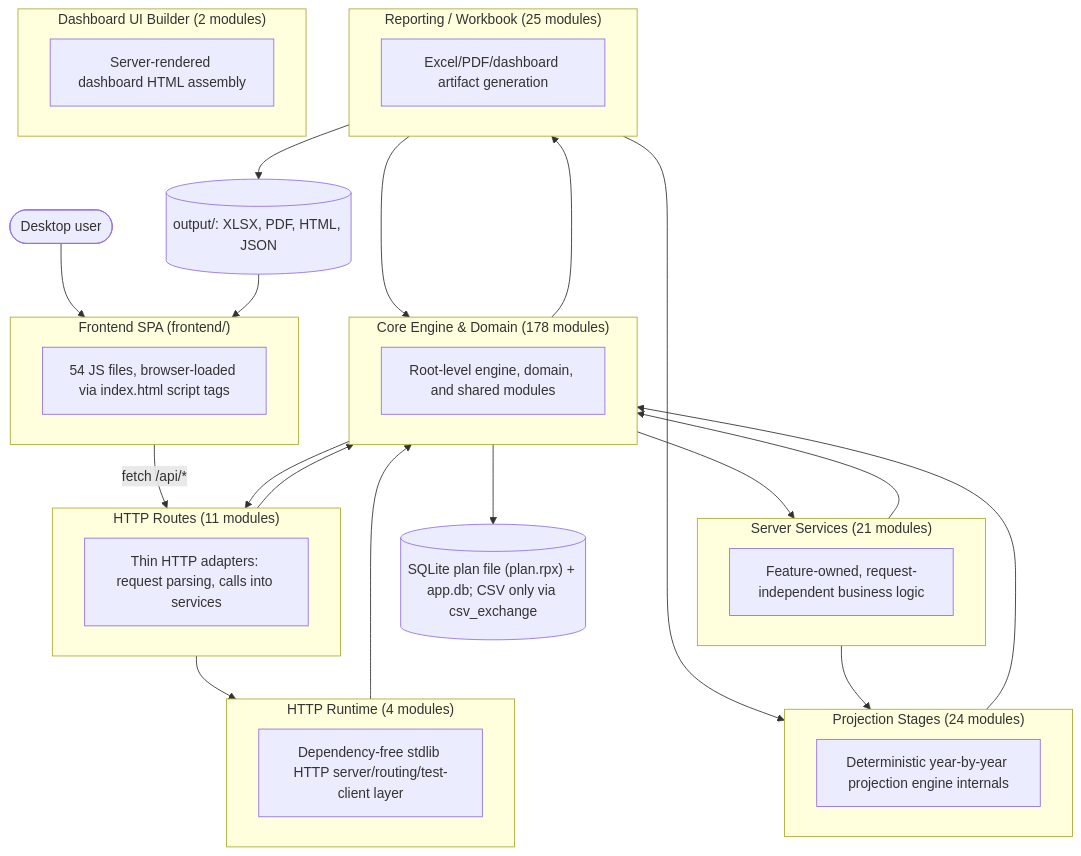
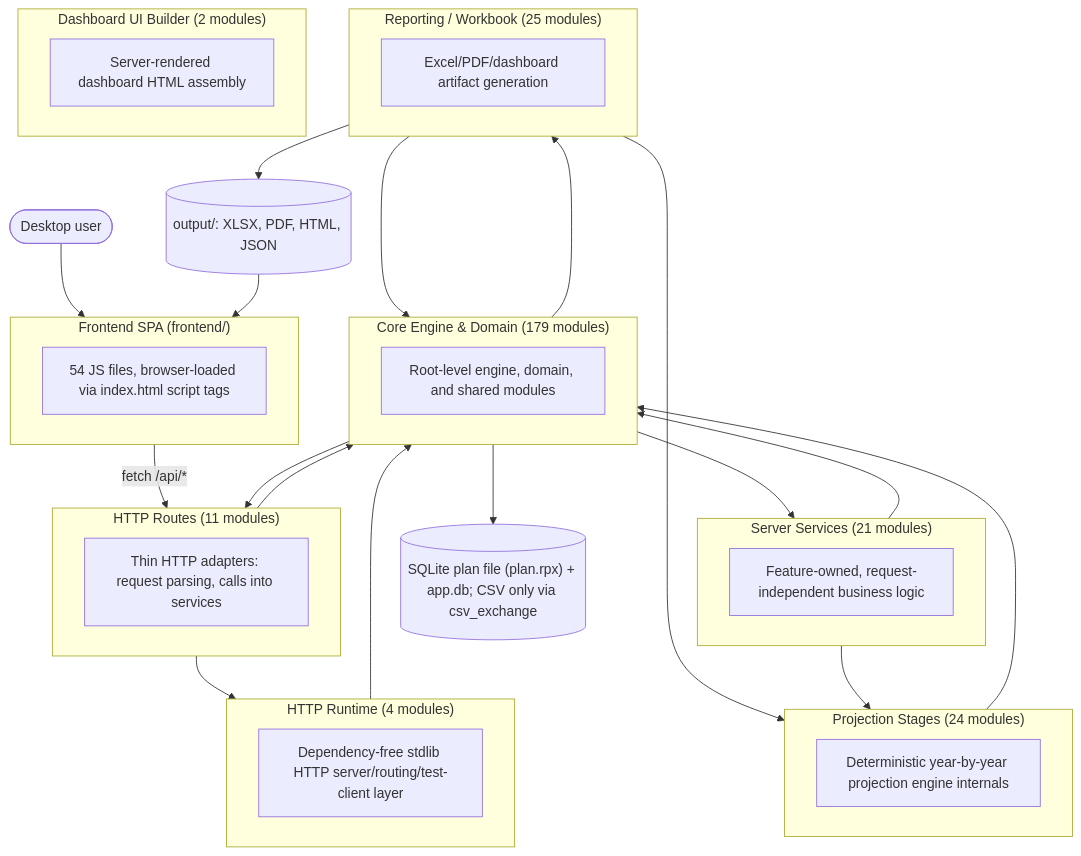
One commit to matthartzman/retirement_system changed the first of 2 diagrams in documentation/reference/SYSTEM_ARCHITECTURE_DIAGRAM.md. Above: the diagram before and after it, drawn with Mermaid. The commit also changed other lines of this file and 5 other files, not shown here.

First line of the commit message:
WI-034: point source-reading tests and the toggle-site fixture at client_sections; regenerate architecture diagram

````diff
--- a/documentation/reference/SYSTEM_ARCHITECTURE_DIAGRAM.md
+++ b/documentation/reference/SYSTEM_ARCHITECTURE_DIAGRAM.md
@@ -11,43 +11,43 @@
 ```mermaid
 flowchart TB
     User(["Desktop user"]) --> FE
     subgraph FE["Frontend SPA (frontend/)"]
         FEcount["54 JS files, browser-loaded via index.html script tags"]
     end
     FE -->|fetch /api/*| L_HTTP_Routes
     subgraph L_HTTP_Routes["HTTP Routes (11 modules)"]
         L_HTTP_Routes_d["Thin HTTP adapters: request parsing, calls into services"]
     end
     subgraph L_Server_Services["Server Services (21 modules)"]
         L_Server_Services_d["Feature-owned, request-independent business logic"]
     end
     subgraph L_HTTP_Runtime["HTTP Runtime (4 modules)"]
         L_HTTP_Runtime_d["Dependency-free stdlib HTTP server/routing/test-client layer"]
     end
-    subgraph L_Core_Engine___Domain["Core Engine & Domain (178 modules)"]
+    subgraph L_Core_Engine___Domain["Core Engine & Domain (179 modules)"]
         L_Core_Engine___Domain_d["Root-level engine, domain, and shared modules"]
     end
     subgraph L_Projection_Stages["Projection Stages (24 modules)"]
         L_Projection_Stages_d["Deterministic year-by-year projection engine internals"]
     end
     subgraph L_Reporting___Workbook["Reporting / Workbook (25 modules)"]
         L_Reporting___Workbook_d["Excel/PDF/dashboard artifact generation"]
     end
     subgraph L_Dashboard_UI_Builder["Dashboard UI Builder (2 modules)"]
         L_Dashboard_UI_Builder_d["Server-rendered dashboard HTML assembly"]
     end
     L_Core_Engine___Domain --> L_HTTP_Routes
     L_Core_Engine___Domain --> L_Reporting___Workbook
     L_Core_Engine___Domain --> L_Server_Services
     L_HTTP_Routes --> L_Core_Engine___Domain
     L_HTTP_Routes --> L_HTTP_Runtime
     L_HTTP_Runtime --> L_Core_Engine___Domain
     L_Projection_Stages --> L_Core_Engine___Domain
     L_Reporting___Workbook --> L_Core_Engine___Domain
     L_Reporting___Workbook --> L_Projection_Stages
     L_Server_Services --> L_Core_Engine___Domain
     L_Server_Services --> L_Projection_Stages
     L_Core_Engine___Domain --> DB[("SQLite plan file (plan.rpx) + app.db; CSV only via csv_exchange")]
     L_Reporting___Workbook --> Outputs[("output/: XLSX, PDF, HTML, JSON")]
     Outputs --> FE
 ```
````
